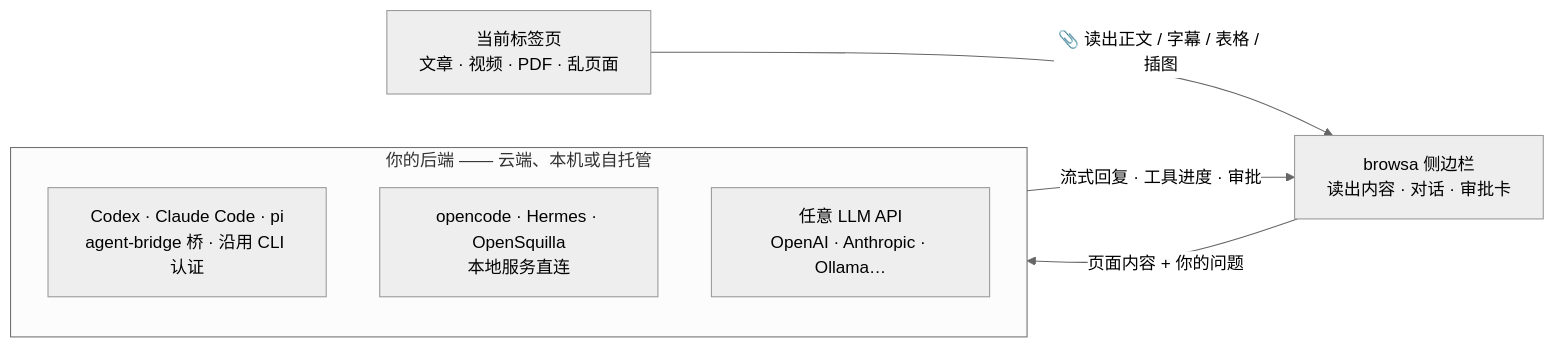
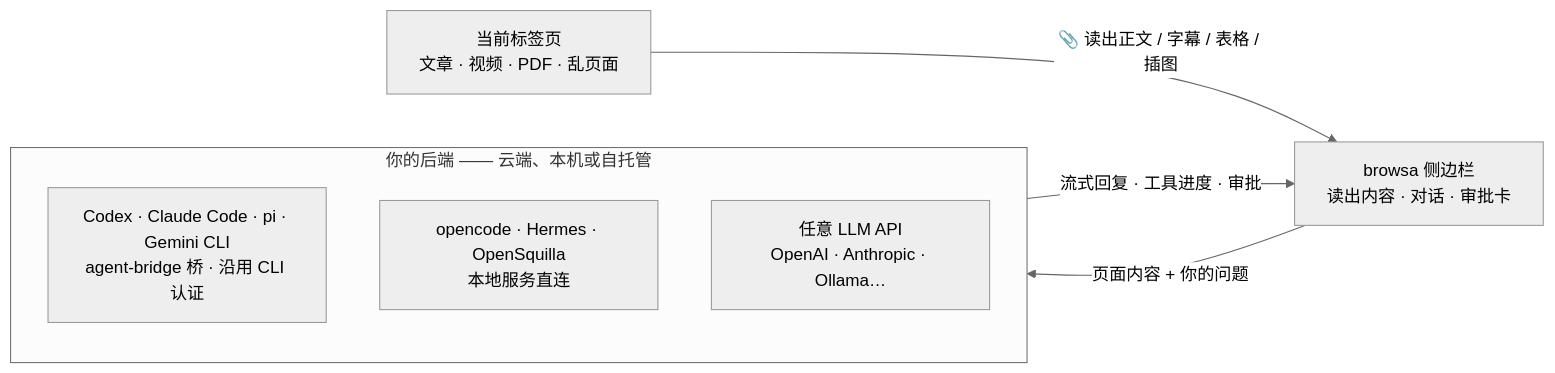
Before and after one commit to xiaohuzai/browsa: the diagram in README.zh-CN.md, drawn with Mermaid (neutral theme). The commit also changed other lines of this file and 27 other files, not shown here.

````diff
--- a/README.zh-CN.md
+++ b/README.zh-CN.md
@@ -61,13 +62,13 @@
 ```mermaid
 flowchart LR
     P["当前标签页<br/>文章 · 视频 · PDF · 乱页面"]
     B["browsa 侧边栏<br/>读出内容 · 对话 · 审批卡"]
     subgraph Y["你的后端 —— 云端、本机或自托管"]
-        A1["Codex · Claude Code · pi<br/>agent-bridge 桥 · 沿用 CLI 认证"]
+        A1["Codex · Claude Code · pi · Gemini CLI<br/>agent-bridge 桥 · 沿用 CLI 认证"]
         A2["opencode · Hermes · OpenSquilla<br/>本地服务直连"]
         A3["任意 LLM API<br/>OpenAI · Anthropic · Ollama…"]
     end
     P -->|"📎 读出正文 / 字幕 / 表格 / 插图"| B
     B -->|"页面内容 + 你的问题"| Y
     Y -->|"流式回复 · 工具进度 · 审批"| B
 ```
````
